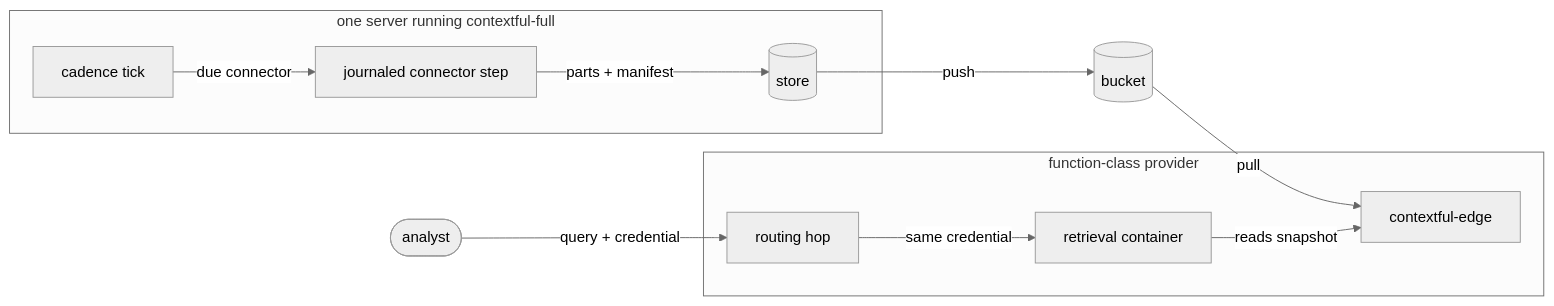
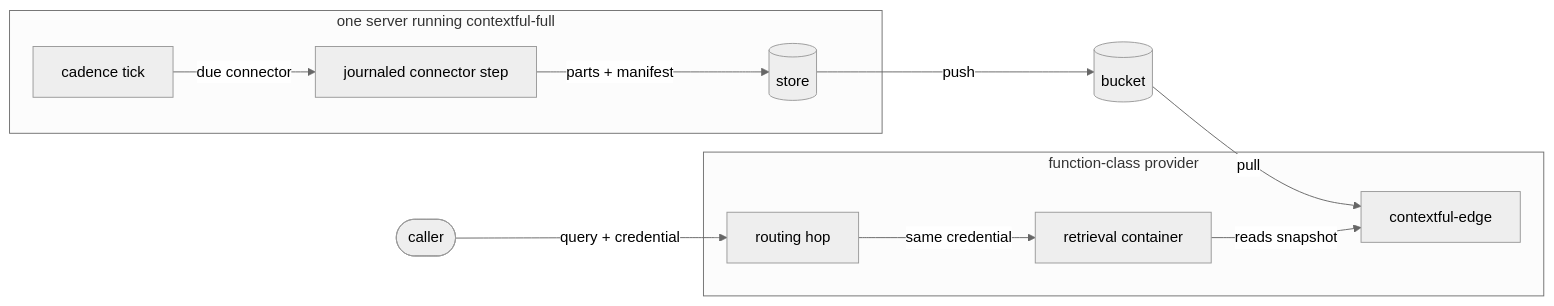
Before and after one commit to fractalboxdev/contextful: the diagram in spec/guide/topology.md, drawn with Mermaid (neutral theme). The commit also changed other lines of this file and 36 other files, not shown here.

````diff
--- a/spec/guide/topology.md
+++ b/spec/guide/topology.md
@@ -29,24 +29,24 @@
 ```mermaid
 flowchart LR
-  ANALYST(["analyst"])
+  CALLER(["caller"])
   BUCKET[("bucket")]
 
   subgraph SERVER["one server running contextful-full"]
     TICK["cadence tick"]
     STEP["journaled connector step"]
     STORE[("store")]
   end
 
   subgraph PROV["function-class provider"]
     HOP["routing hop"]
     RET["retrieval container"]
     EDGE["contextful-edge"]
   end
 
   TICK -- "due connector" --> STEP
   STEP -- "parts + manifest" --> STORE
   STORE -- "push" --> BUCKET
   BUCKET -- "pull" --> EDGE
-  ANALYST -- "query + credential" --> HOP -- "same credential" --> RET
+  CALLER -- "query + credential" --> HOP -- "same credential" --> RET
   RET -- "reads snapshot" --> EDGE
 ```
````
